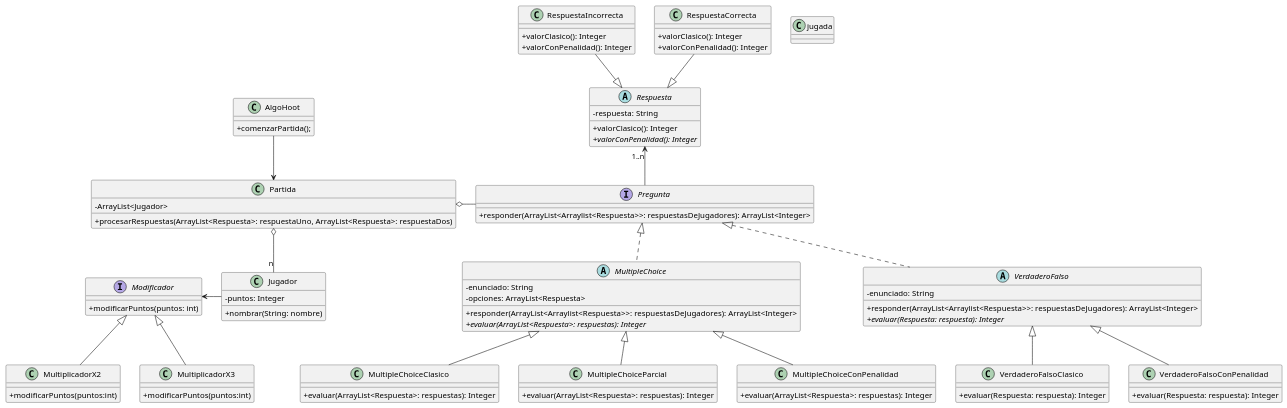
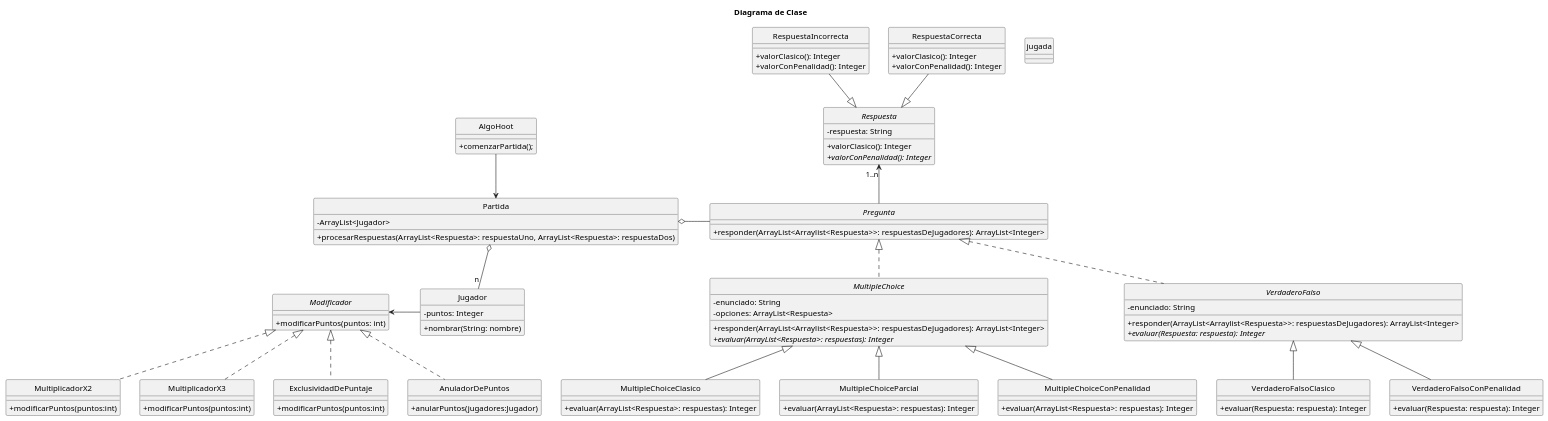
The diagram in diagrams/classes/entrega1/class-diagram.puml (gimnasialp/algo3_proyecto_base_tp2), drawn with PlantUML before and after one commit.

Commit message:
Nuevo cambio de DC

```diff
--- a/diagrams/classes/entrega1/class-diagram.puml
+++ b/diagrams/classes/entrega1/class-diagram.puml
@@ -1,108 +1,119 @@
 @startuml
+title Diagrama de Clase
+skinparam monochrome true
+hide circle
 skinparam classAttributeIconSize 0
 
 class AlgoHoot{
     +comenzarPartida();
 }
 interface Pregunta {
     + responder(ArrayList<Arraylist<Respuesta>>: respuestasDeJugadores): ArrayList<Integer>
 }
 
 abstract class MultipleChoice {
     - enunciado: String
     - opciones: ArrayList<Respuesta>
     + responder(ArrayList<Arraylist<Respuesta>>: respuestasDeJugadores): ArrayList<Integer>
     + {abstract} evaluar(ArrayList<Respuesta>: respuestas): Integer
 }
 
 class MultipleChoiceClasico{
     + evaluar(ArrayList<Respuesta>: respuestas): Integer
 }
 
 class MultipleChoiceParcial{
     + evaluar(ArrayList<Respuesta>: respuestas): Integer
 }
 
 class MultipleChoiceConPenalidad{
     + evaluar(ArrayList<Respuesta>: respuestas): Integer
 }
 
 abstract class VerdaderoFalso {
     - enunciado: String
     + responder(ArrayList<Arraylist<Respuesta>>: respuestasDeJugadores): ArrayList<Integer>
     + {abstract} evaluar(Respuesta: respuesta): Integer
 }
 
 class VerdaderoFalsoClasico{
     + evaluar(Respuesta: respuesta): Integer
 }
 
 class VerdaderoFalsoConPenalidad{
     + evaluar(Respuesta: respuesta): Integer
 }
 
 abstract class Respuesta {
     - respuesta: String
     + valorClasico(): Integer
     + {abstract} valorConPenalidad(): Integer
 }
 
 class RespuestaCorrecta{
     + valorClasico(): Integer
     +  valorConPenalidad(): Integer
 }
 
 class RespuestaIncorrecta{
     + valorClasico(): Integer
     + valorConPenalidad(): Integer
 }
 
 class Partida{
     -ArrayList<Jugador>
 
     +procesarRespuestas(ArrayList<Respuesta>: respuestaUno, ArrayList<Respuesta>: respuestaDos)
 }
 
 
 class Jugador{
     - puntos: Integer
 
     + nombrar(String: nombre)
 
 }
 class jugada{
 
 }
 Interface Modificador{
     +modificarPuntos(puntos: int)
 }
 class MultiplicadorX2{
     +modificarPuntos(puntos:int)
 }
 class MultiplicadorX3{
     +modificarPuntos(puntos:int)
 }
+class ExclusividadDePuntaje{
+    +modificarPuntos(puntos:int)
+}
+class AnuladorDePuntos{
+    +anularPuntos(jugadores:Jugador)
+}
 Modificador <- Jugador
-Modificador <|-- MultiplicadorX2
-Modificador <|-- MultiplicadorX3
+Modificador <|.. MultiplicadorX2
+Modificador <|.. MultiplicadorX3
+Modificador <|.. AnuladorDePuntos
+Modificador <|.. ExclusividadDePuntaje
 MultipleChoice <|-down- MultipleChoiceClasico
 MultipleChoice <|-down- MultipleChoiceParcial
 MultipleChoice <|-- MultipleChoiceConPenalidad
 VerdaderoFalso <|-- VerdaderoFalsoClasico
 VerdaderoFalso <|-- VerdaderoFalsoConPenalidad
 
 Pregunta -up-> "1..n" Respuesta
 
 Jugador "n" -up-o Partida
 
 Pregunta -left-o Partida
 
 
 Pregunta <|.. MultipleChoice
 Pregunta <|.. VerdaderoFalso
 Respuesta <|-up- RespuestaCorrecta
 Respuesta <|-up- RespuestaIncorrecta
 
 Partida <-up- AlgoHoot
 
 @enduml
```
